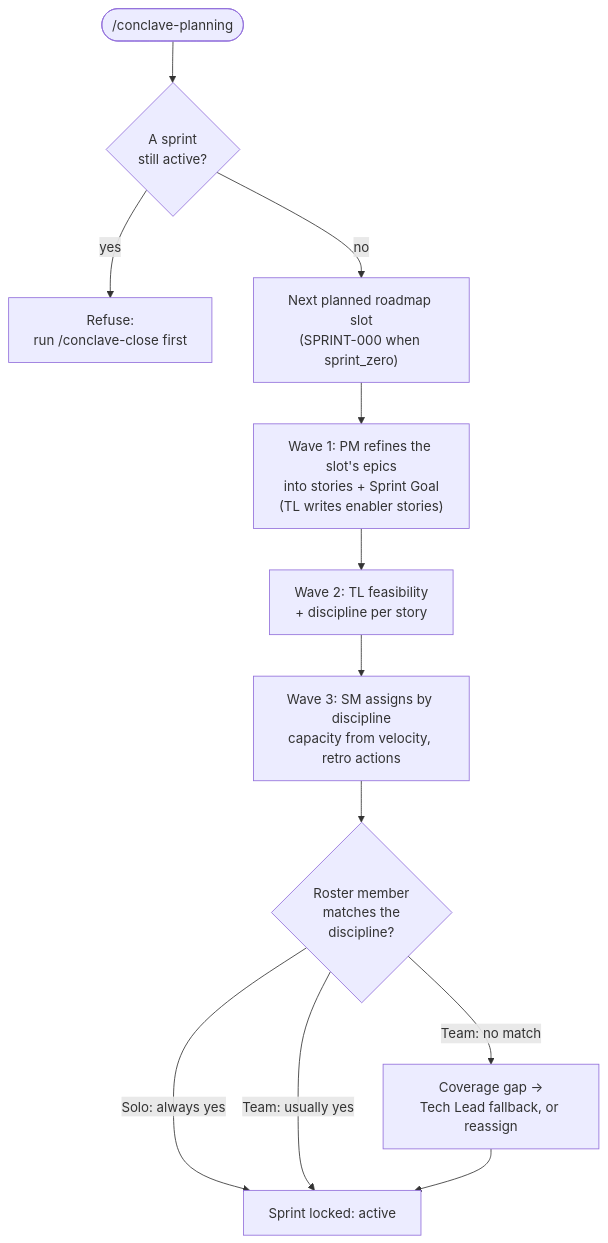
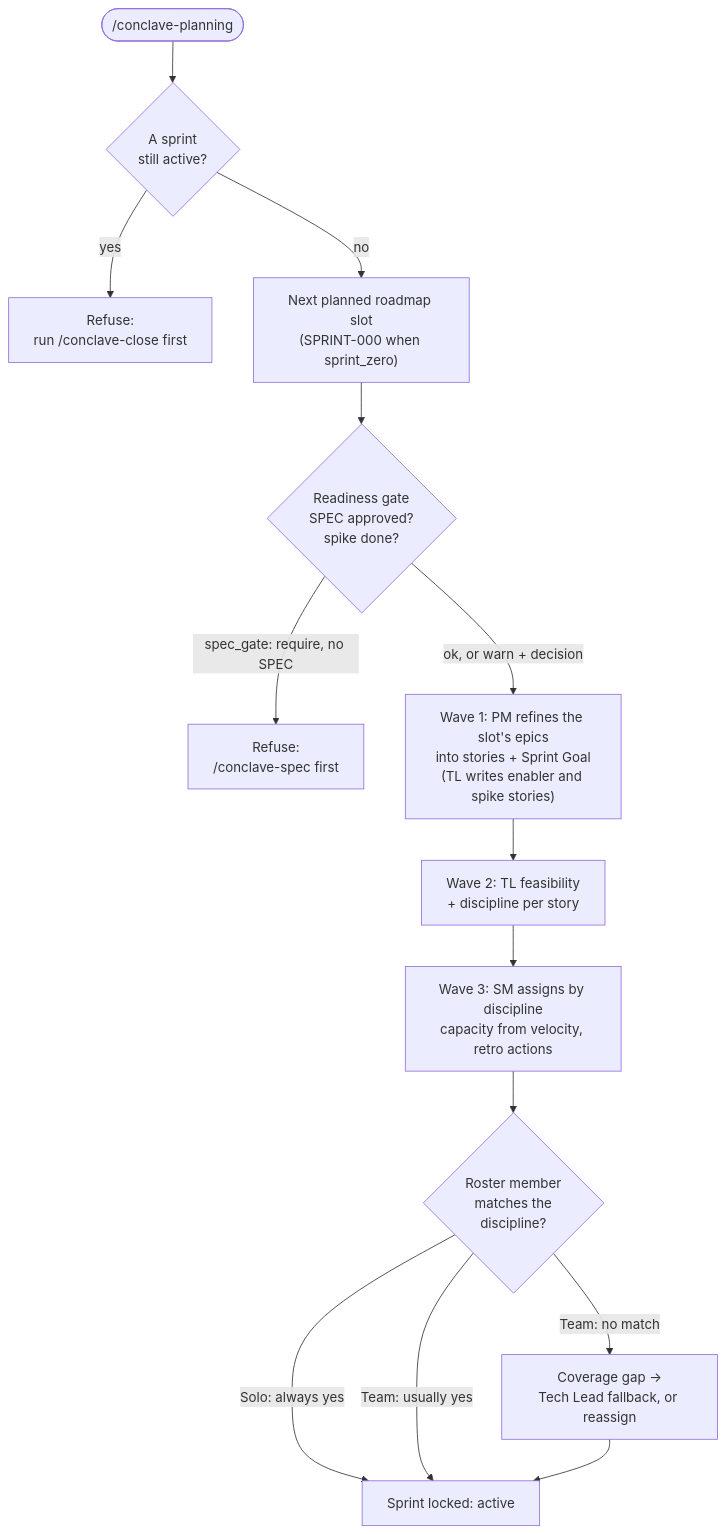
The fourth of 6 diagrams in site/content/en/workflow.mdx (giolabs/conclave), drawn with Mermaid before and after one commit. The commit also changed other lines of this file and 41 other files, not shown here.

````diff
--- a/site/content/en/workflow.mdx
+++ b/site/content/en/workflow.mdx
@@ -51,14 +72,16 @@
 ```mermaid
 flowchart TD
     Plan(["/conclave-planning"]) --> Gate{"A sprint<br/>still active?"}
     Gate -->|yes| Refuse["Refuse:<br/>run /conclave-close first"]
     Gate -->|no| Slot["Next planned roadmap slot<br/>(SPRINT-000 when sprint_zero)"]
-    Slot --> W1["Wave 1: PM refines the slot's epics<br/>into stories + Sprint Goal<br/>(TL writes enabler stories)"]
+    Slot --> Ready{"Readiness gate<br/>SPEC approved?<br/>spike done?"}
+    Ready -->|"spec_gate: require, no SPEC"| RefuseSpec["Refuse:<br/>/conclave-spec first"]
+    Ready -->|"ok, or warn + decision"| W1["Wave 1: PM refines the slot's epics<br/>into stories + Sprint Goal<br/>(TL writes enabler and spike stories)"]
     W1 --> W2["Wave 2: TL feasibility<br/>+ discipline per story"]
     W2 --> W3["Wave 3: SM assigns by discipline<br/>capacity from velocity, retro actions"]
     W3 --> Match{"Roster member<br/>matches the<br/>discipline?"}
     Match -->|"Solo: always yes"| Lock["Sprint locked: active"]
     Match -->|"Team: usually yes"| Lock
     Match -->|"Team: no match"| Gap["Coverage gap →<br/>Tech Lead fallback, or reassign"]
     Gap --> Lock
 ```
````
